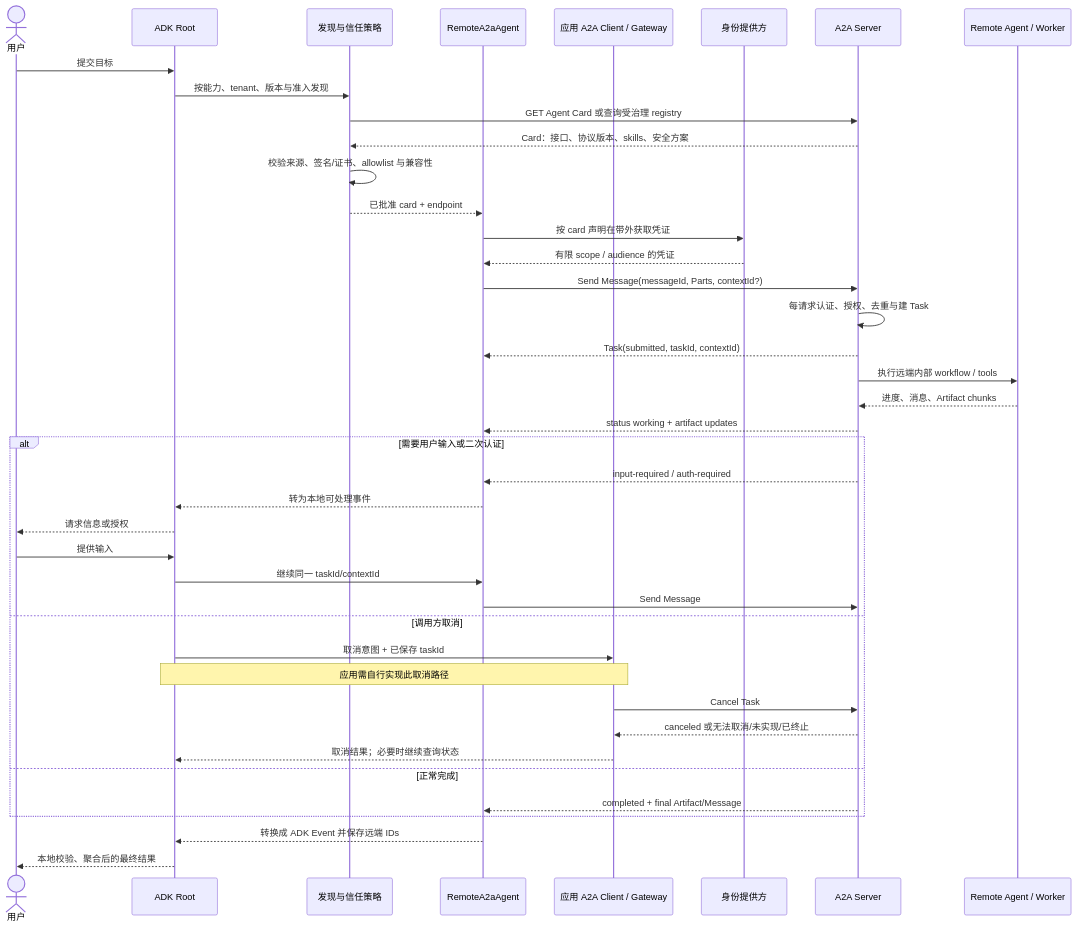
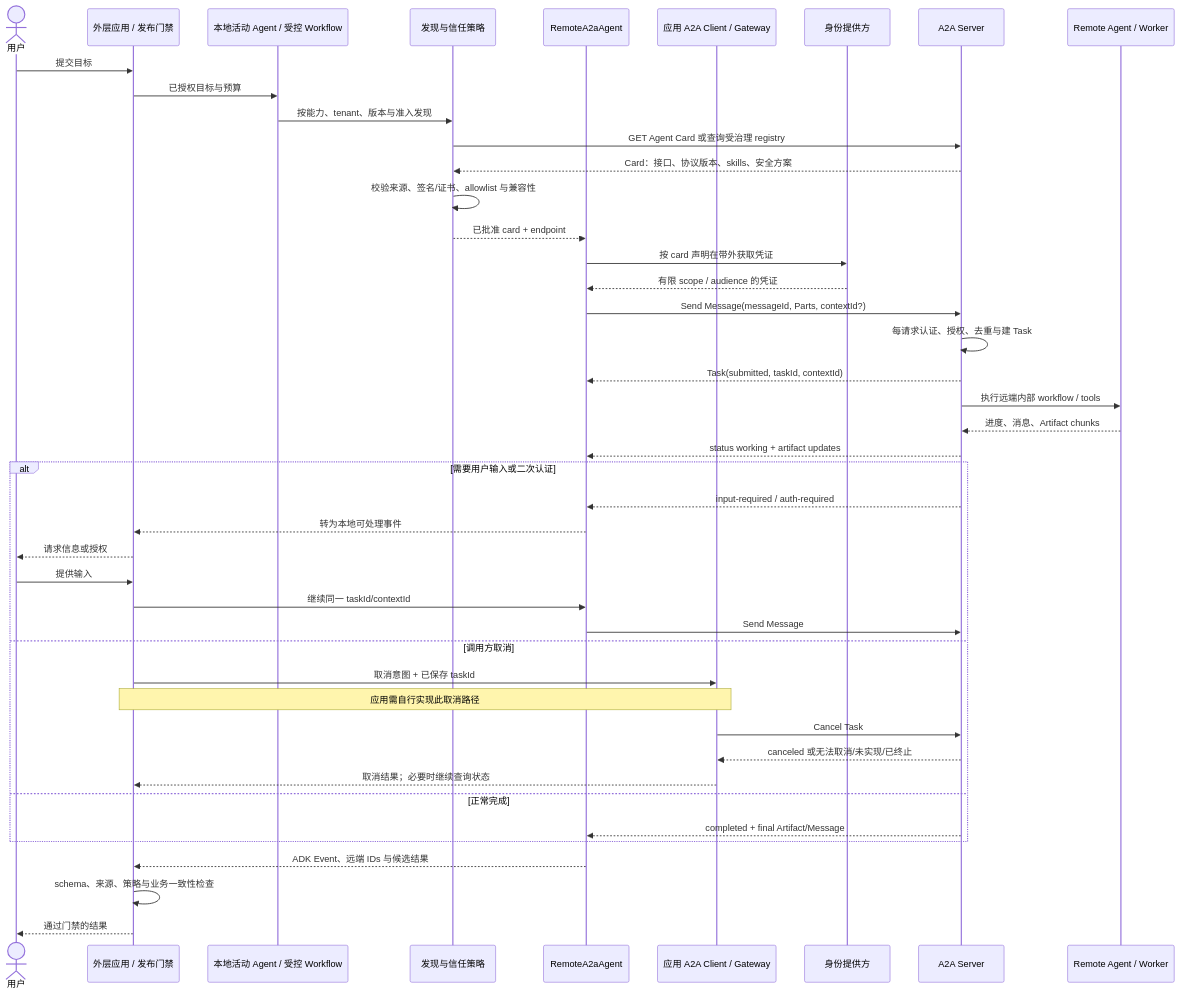
One commit to sealday/agentic-architecture-atlas changed the second of 2 diagrams in content/cases/google-adk-a2a.mdx. Above: the diagram before and after it, drawn with Mermaid. The commit also changed other lines of this file and 4 other files, not shown here.

````diff
--- a/content/cases/google-adk-a2a.mdx
+++ b/content/cases/google-adk-a2a.mdx
@@ -203,47 +209,50 @@
 ```mermaid
 sequenceDiagram
   accTitle: ADK 客户端与远端 A2A 服务的发现、认证和任务流
-  accDescr: 本地根智能体先经可信注册表或已配置地址取得并验证 Agent Card，再获取凭证并发送消息；远端可创建任务、流式发送状态和制品；若应用另建支持取消的 A2A 客户端或网关，可尝试取消任务，但固定版本 RemoteA2aAgent 没有端到端取消映射。
+  accDescr: 外层应用启动本地调用路径；调用方从可信来源取得并验证 Agent Card，再获取凭证和发送消息。远端可创建任务、发送状态和制品；固定版本 RemoteA2aAgent 没有端到端取消映射。
 
   actor U as 用户
-  participant R as ADK Root
+  participant O as 外层应用 / 发布门禁
+  participant C as 本地活动 Agent / 受控 Workflow
   participant D as 发现与信任策略
   participant P as RemoteA2aAgent
   participant G as 应用 A2A Client / Gateway
   participant I as 身份提供方
   participant A as A2A Server
   participant W as Remote Agent / Worker
 
-  U->>R: 提交目标
-  R->>D: 按能力、tenant、版本与准入发现
+  U->>O: 提交目标
+  O->>C: 已授权目标与预算
+  C->>D: 按能力、tenant、版本与准入发现
   D->>A: GET Agent Card 或查询受治理 registry
   A-->>D: Card：接口、协议版本、skills、安全方案
   D->>D: 校验来源、签名/证书、allowlist 与兼容性
   D-->>P: 已批准 card + endpoint
   P->>I: 按 card 声明在带外获取凭证
   I-->>P: 有限 scope / audience 的凭证
   P->>A: Send Message(messageId, Parts, contextId?)
   A->>A: 每请求认证、授权、去重与建 Task
   A-->>P: Task(submitted, taskId, contextId)
   A->>W: 执行远端内部 workflow / tools
   W-->>A: 进度、消息、Artifact chunks
   A-->>P: status working + artifact updates
   alt 需要用户输入或二次认证
     A-->>P: input-required / auth-required
-    P-->>R: 转为本地可处理事件
-    R-->>U: 请求信息或授权
-    U->>R: 提供输入
-    R->>P: 继续同一 taskId/contextId
+    P-->>O: 转为本地可处理事件
+    O-->>U: 请求信息或授权
+    U->>O: 提供输入
+    O->>P: 继续同一 taskId/contextId
     P->>A: Send Message
   else 调用方取消
-    R->>G: 取消意图 + 已保存 taskId
-    Note over R,G: 应用需自行实现此取消路径
+    O->>G: 取消意图 + 已保存 taskId
+    Note over O,G: 应用需自行实现此取消路径
     G->>A: Cancel Task
     A-->>G: canceled 或无法取消/未实现/已终止
-    G-->>R: 取消结果；必要时继续查询状态
+    G-->>O: 取消结果；必要时继续查询状态
   else 正常完成
     A-->>P: completed + final Artifact/Message
   end
-  P-->>R: 转换成 ADK Event 并保存远端 IDs
-  R-->>U: 本地校验、聚合后的最终结果
+  P-->>O: ADK Event、远端 IDs 与候选结果
+  O->>O: schema、来源、策略与业务一致性检查
+  O-->>U: 通过门禁的结果
 ```
````
